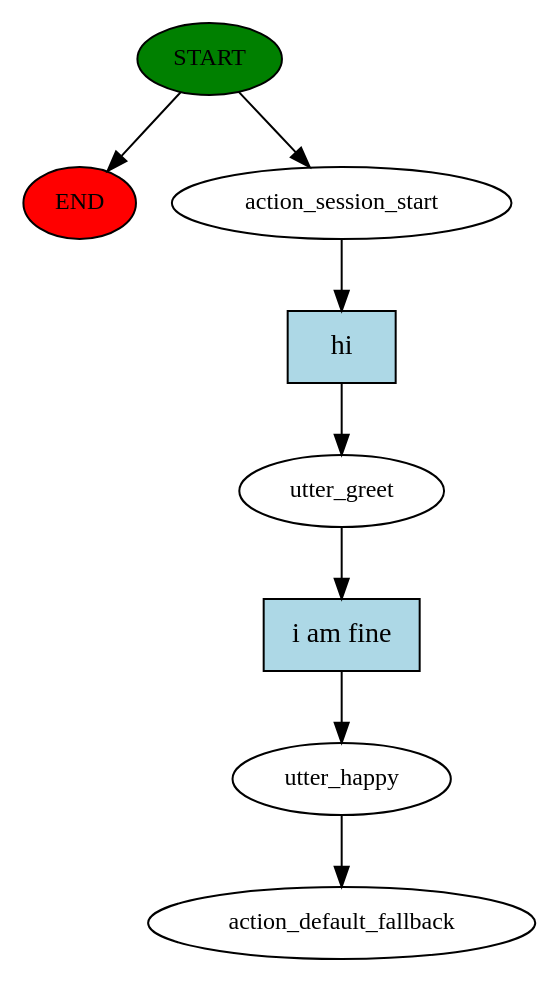
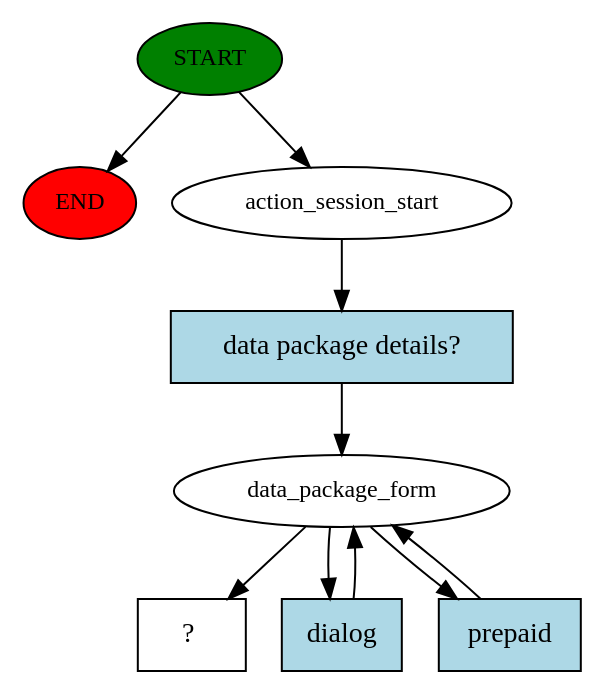
Before and after one commit to NLP-based-Chatbot/NLP: the diagram in Telecommunication/story_graph.dot, drawn with Graphviz. The commit also changed 12 other files, not shown here.

```diff
--- a/Telecommunication/story_graph.dot
+++ b/Telecommunication/story_graph.dot
@@ -1,17 +1,19 @@
 digraph  {
 0 [class="start active", fillcolor=green, fontsize=12, label=START, style=filled];
 "-1" [class=end, fillcolor=red, fontsize=12, label=END, style=filled];
 1 [class=active, fontsize=12, label=action_session_start];
-2 [class=active, fontsize=12, label=utter_greet];
-3 [class=active, fontsize=12, label=utter_happy];
-4 [class="dashed active", fontsize=12, label=action_default_fallback];
-5 [class="intent active", fillcolor=lightblue, label=hi, shape=rect, style=filled];
-6 [class="intent active", fillcolor=lightblue, label="i am fine", shape=rect, style=filled];
+2 [class=active, fontsize=12, label=data_package_form];
+6 [class="intent dashed active", label="  ?  ", shape=rect];
+7 [class="intent active", fillcolor=lightblue, label="data package details?", shape=rect, style=filled];
+8 [class="intent active", fillcolor=lightblue, label=dialog, shape=rect, style=filled];
+9 [class="intent active", fillcolor=lightblue, label=prepaid, shape=rect, style=filled];
 0 -> "-1"  [class="", key=NONE, label=""];
 0 -> 1  [class=active, key=NONE, label=""];
-1 -> 5  [class=active, key=0];
-2 -> 6  [class=active, key=0];
-3 -> 4  [class=active, key=NONE, label=""];
-5 -> 2  [class=active, key=0];
-6 -> 3  [class=active, key=0];
+1 -> 7  [class=active, key=0];
+2 -> 6  [class=active, key=NONE, label=""];
+2 -> 8  [class=active, key=0];
+2 -> 9  [class=active, key=0];
+7 -> 2  [class=active, key=0];
+8 -> 2  [class=active, key=0];
+9 -> 2  [class=active, key=0];
 }
```
